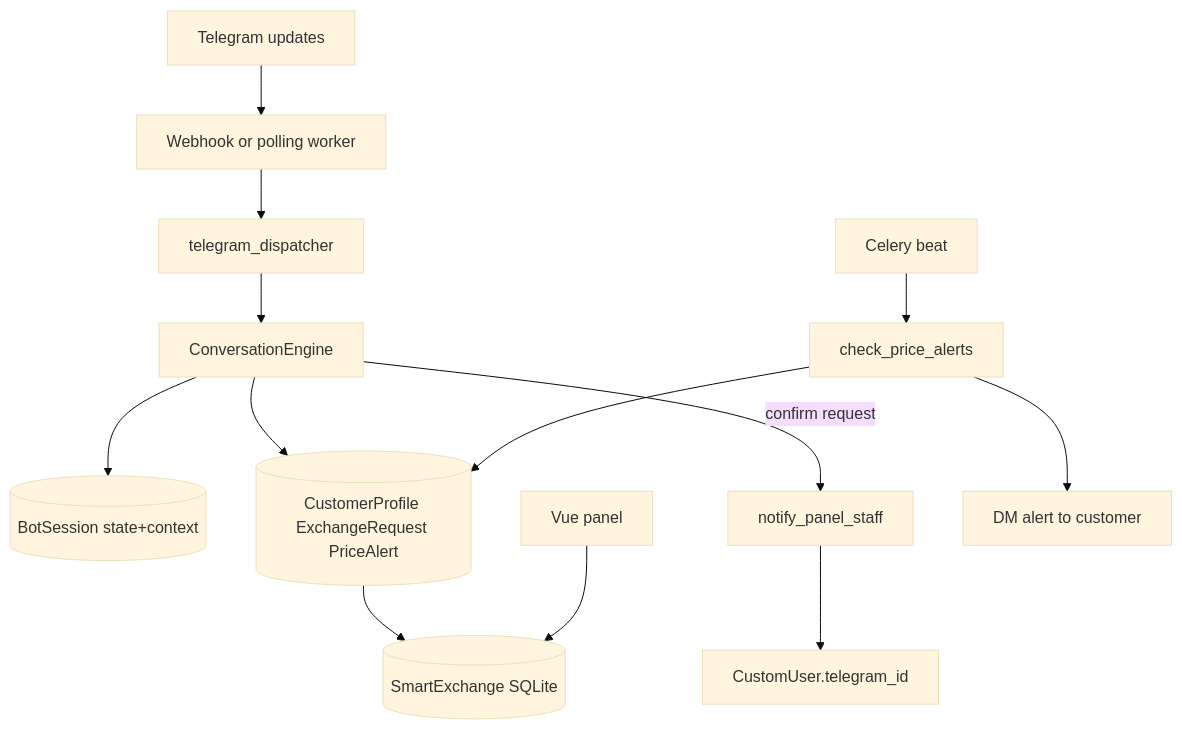
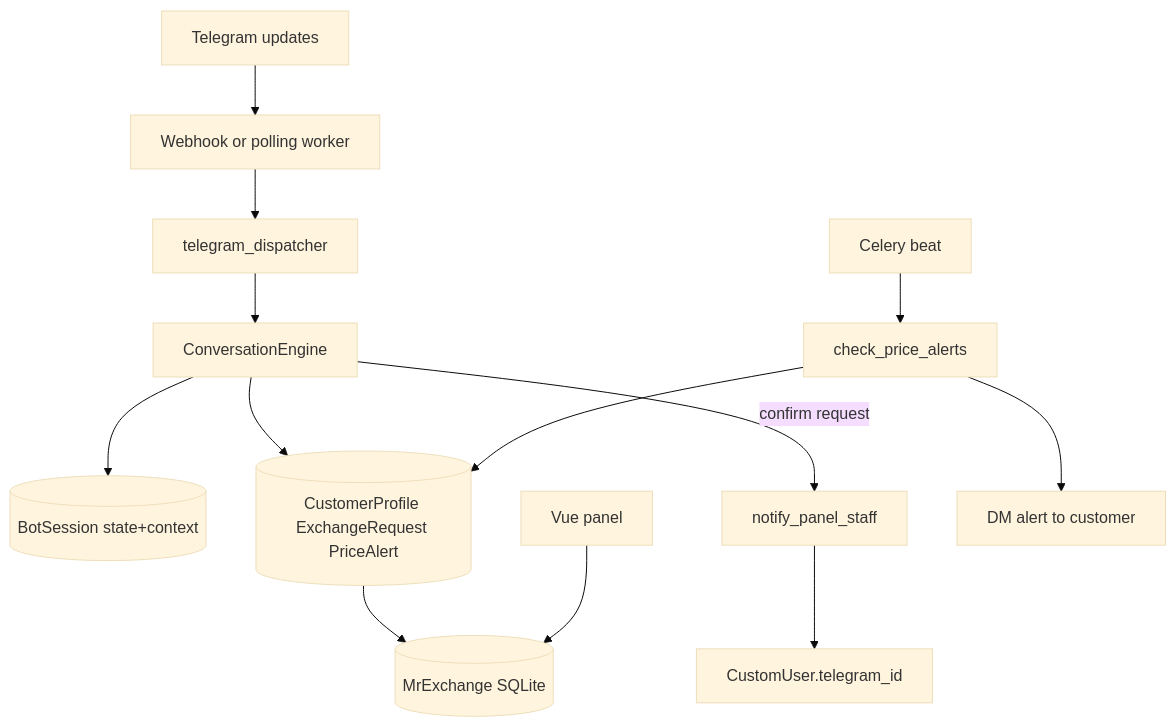
Before and after one commit to Vaporware-road/SmartExchange: the diagram in docs/telegramCustomerPlanV1.md, drawn with Mermaid (base theme). The commit also changed other lines of this file and 31 other files, not shown here.

````diff
--- a/docs/telegramCustomerPlanV1.md
+++ b/docs/telegramCustomerPlanV1.md
@@ -28,15 +28,15 @@
 ```mermaid
 flowchart TD
   tg[Telegram updates] --> webhook[Webhook or polling worker]
   webhook --> dispatcher[telegram_dispatcher]
   dispatcher --> engine[ConversationEngine]
   engine --> session[(BotSession state+context)]
   engine --> models[(CustomerProfile ExchangeRequest PriceAlert)]
-  models --> sameDB[(SmartExchange SQLite)]
+  models --> sameDB[(MrExchange SQLite)]
   panel[Vue panel] --> sameDB
   engine -->|confirm request| notify[notify_panel_staff]
   notify --> staffTG[CustomUser.telegram_id]
   beat[Celery beat] --> alertTask[check_price_alerts]
   alertTask --> models
   alertTask --> customers[DM alert to customer]
 ```
````
